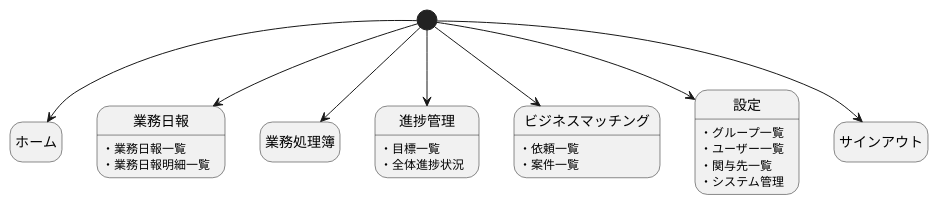
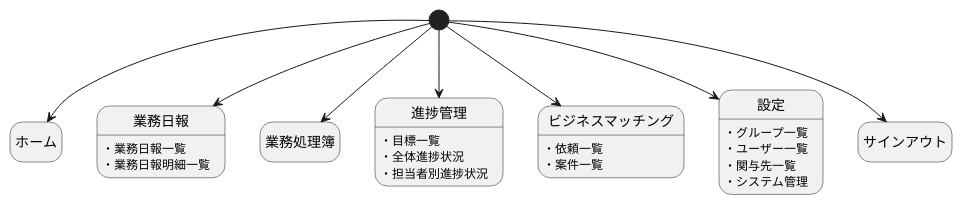
The diagram in docs/navigation.pu (cedge1michi/tass_mock-frontend), drawn with PlantUML before and after one commit. The commit also changed 26 other files, not shown here.

```diff
--- a/docs/navigation.pu
+++ b/docs/navigation.pu
@@ -1,14 +1,14 @@
 @startuml ナビゲーション
 hide empty description
 [*] --> ホーム
 [*] --> 業務日報
 業務日報: ・業務日報一覧\n・業務日報明細一覧
 [*] --> 業務処理簿
 [*] --> 進捗管理
-進捗管理: ・目標一覧\n・全体進捗状況
+進捗管理: ・目標一覧\n・全体進捗状況\n・担当者別進捗状況
 [*] --> ビジネスマッチング
 ビジネスマッチング: ・依頼一覧\n・案件一覧
 [*] --> 設定
 設定: ・グループ一覧\n・ユーザー一覧\n・関与先一覧\n・システム管理
 [*] --> サインアウト
 @enduml
```
